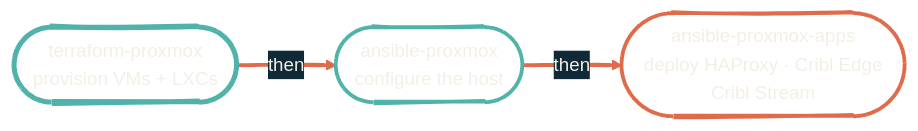
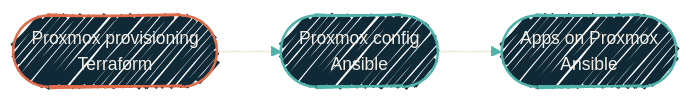
The diagram in infrastructure/overview.mdx (dryvist/docs), drawn with Mermaid before and after one commit. The commit also changed other lines of this file and 45 other files, not shown here.

````diff
--- a/infrastructure/overview.mdx
+++ b/infrastructure/overview.mdx
@@ -15,12 +15,17 @@
 ```mermaid
-%%{init: {'theme':'base','look':'handDrawn','themeVariables':{'primaryColor':'#4FB3A9','primaryTextColor':'#F4EFE6','primaryBorderColor':'#2F7E78','lineColor':'#E06B4A','secondaryColor':'#102937','tertiaryColor':'#0B1D2A','clusterBkg':'transparent','clusterBorder':'#4FB3A9','fontFamily':'Geist','fontSize':'15px'}}}%%
+%%{init: {'theme':'base','look':'handDrawn','themeVariables':{'fontFamily':'Geist','fontSize':'14px','primaryColor':'#102937','primaryTextColor':'#F4EFE6','primaryBorderColor':'#4FB3A9','lineColor':'#4FB3A9','secondaryColor':'#0B1D2A','tertiaryColor':'#1A2A38','clusterBkg':'rgba(79,179,169,0.08)','clusterBorder':'#4FB3A9'}}}%%
 flowchart LR
-  TP(["terraform-proxmox<br/>provision VMs + LXCs"]) ==>|then| AP(["ansible-proxmox<br/>configure the host"])
-  AP ==>|then| APA(["ansible-proxmox-apps<br/>deploy HAProxy · Cribl Edge<br/>Cribl Stream"])
+  TP([Proxmox provisioning<br/>Terraform])
+  AP([Proxmox config<br/>Ansible])
+  APA([Apps on Proxmox<br/>Ansible])
 
-  style TP fill:transparent,stroke:#4FB3A9,stroke-width:4px,color:#F4EFE6
-  style AP fill:transparent,stroke:#4FB3A9,stroke-width:3px,color:#F4EFE6
-  style APA fill:transparent,stroke:#E06B4A,stroke-width:3px,color:#F4EFE6
+  TP --> AP --> APA
 
-  linkStyle default stroke:#E06B4A,stroke-width:3px
+  classDef provision fill:#102937,stroke:#E06B4A,stroke-width:2px,color:#F4EFE6;
+  classDef config    fill:#102937,stroke:#4FB3A9,stroke-width:2px,color:#F4EFE6;
+
+  class TP provision
+  class AP,APA config
+
+  linkStyle 0,1 stroke:#F4EFE6,stroke-width:1.5px;
 ```
````
